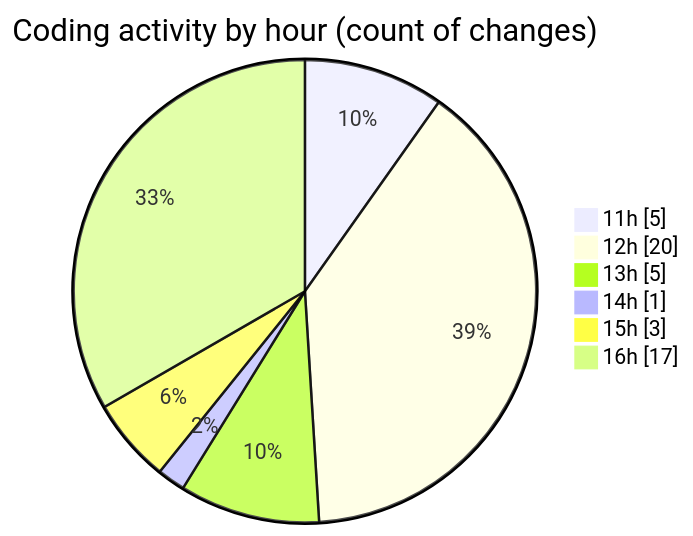
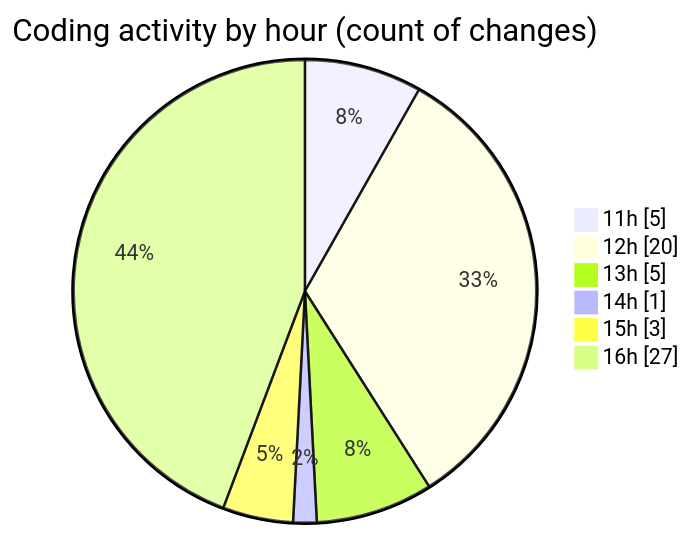
Before and after one commit to momahboobian/code-tracking: the second of 2 diagrams in 2025-07-11/cda/README.md, drawn with Mermaid. The commit also changed other lines of this file and 1 other file, not shown here.

````diff
--- a/2025-07-11/cda/README.md
+++ b/2025-07-11/cda/README.md
@@ -33,10 +34,10 @@
 ```mermaid
 pie showData
 title Coding activity by hour (count of changes)
 "11h" : 5
 "12h" : 20
 "13h" : 5
 "14h" : 1
 "15h" : 3
-"16h" : 17
+"16h" : 27
 ```
````
